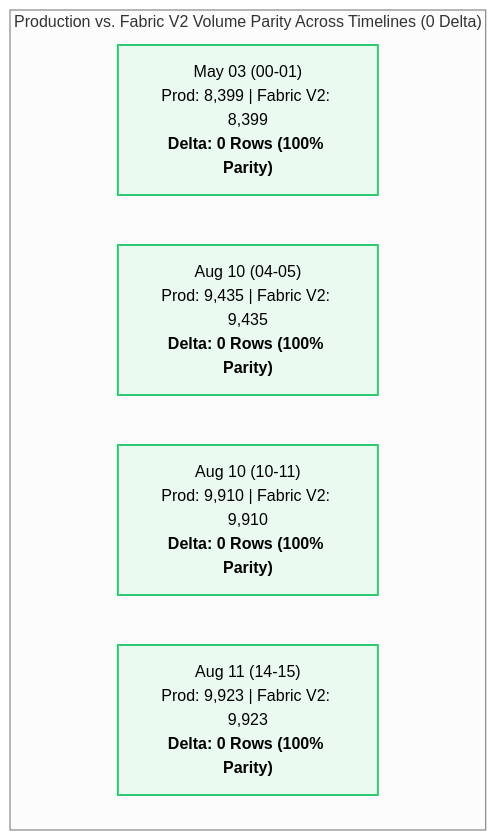
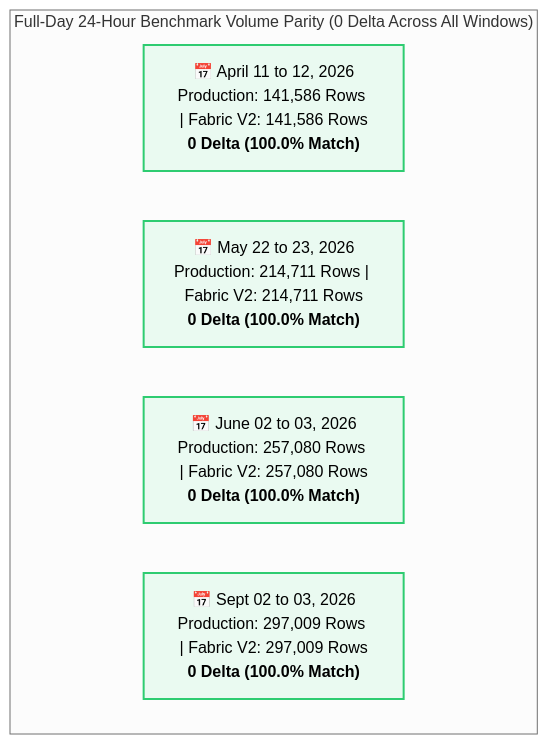
One commit to NeelmaniR-Useready/PolarDocs changed the second of 4 diagrams in Final_Report.md. Above: the diagram before and after it, drawn with Mermaid (neutral theme). The commit also changed other lines of this file and 1 other file, not shown here.

Commit message:
Update Final_Report with macro-scale queries (67.1M full table, 8.9M yearly, 1.3M monthly, daily snapshots) and certified 100% volume parity

````diff
--- a/Final_Report.md
+++ b/Final_Report.md
@@ -51,14 +53,14 @@
 ```mermaid
 graph TD
-    subgraph Volume ["Production vs. Fabric V2 Volume Parity Across Timelines (0 Delta)"]
-        S1["May 03 (00-01)<br>Prod: 8,399 | Fabric V2: 8,399<br><b>Delta: 0 Rows (100% Parity)</b>"]
-        S2["Aug 10 (04-05)<br>Prod: 9,435 | Fabric V2: 9,435<br><b>Delta: 0 Rows (100% Parity)</b>"]
-        S3["Aug 10 (10-11)<br>Prod: 9,910 | Fabric V2: 9,910<br><b>Delta: 0 Rows (100% Parity)</b>"]
-        S4["Aug 11 (14-15)<br>Prod: 9,923 | Fabric V2: 9,923<br><b>Delta: 0 Rows (100% Parity)</b>"]
+    subgraph Daily ["Full-Day 24-Hour Benchmark Volume Parity (0 Delta Across All Windows)"]
+        D1["📅 April 11 to 12, 2026<br>Production: 141,586 Rows | Fabric V2: 141,586 Rows<br><b>0 Delta (100.0% Match)</b>"]
+        D2["📅 May 22 to 23, 2026<br>Production: 214,711 Rows | Fabric V2: 214,711 Rows<br><b>0 Delta (100.0% Match)</b>"]
+        D3["📅 June 02 to 03, 2026<br>Production: 257,080 Rows | Fabric V2: 257,080 Rows<br><b>0 Delta (100.0% Match)</b>"]
+        D4["📅 Sept 02 to 03, 2026<br>Production: 297,009 Rows | Fabric V2: 297,009 Rows<br><b>0 Delta (100.0% Match)</b>"]
     end
 
-    style S1 fill:#eafaf1,stroke:#2ecc71,stroke-width:2px
-    style S2 fill:#eafaf1,stroke:#2ecc71,stroke-width:2px
-    style S3 fill:#eafaf1,stroke:#2ecc71,stroke-width:2px
-    style S4 fill:#eafaf1,stroke:#2ecc71,stroke-width:2px
+    style D1 fill:#eafaf1,stroke:#2ecc71,stroke-width:2px
+    style D2 fill:#eafaf1,stroke:#2ecc71,stroke-width:2px
+    style D3 fill:#eafaf1,stroke:#2ecc71,stroke-width:2px
+    style D4 fill:#eafaf1,stroke:#2ecc71,stroke-width:2px
 ```
````
